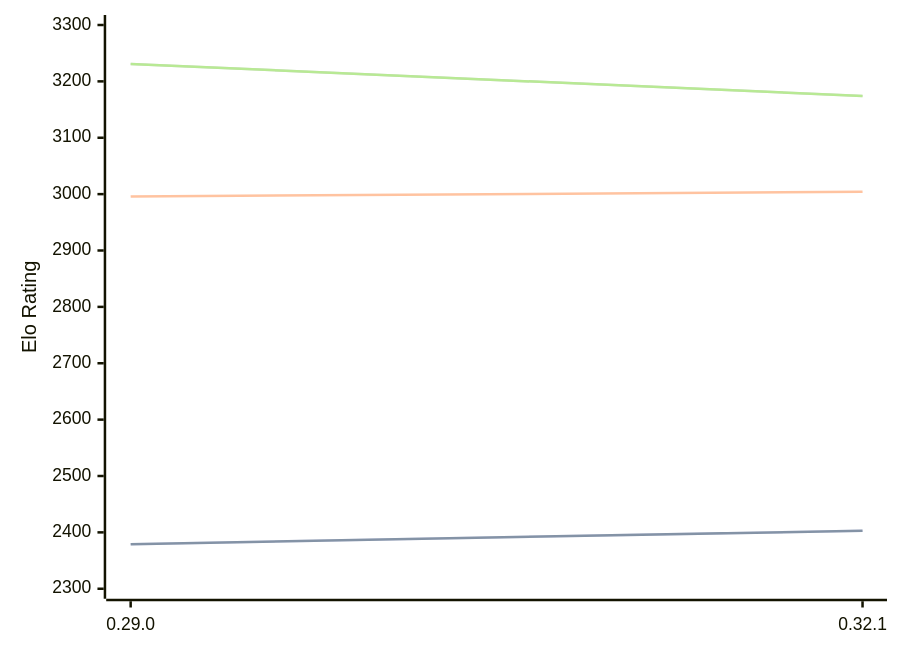
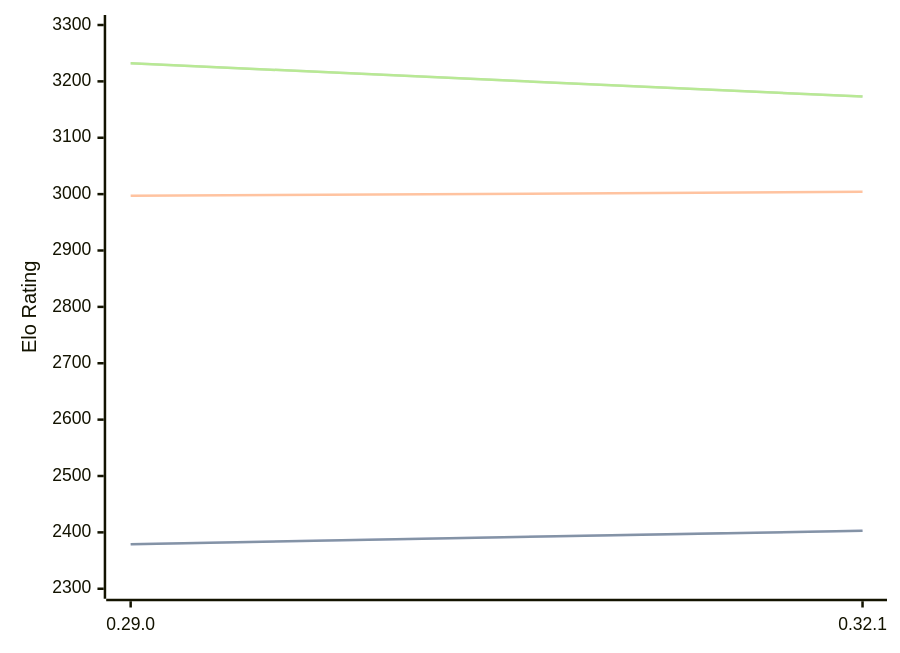
The diagram in engines/Lc0.md (computer-chess-index/cci), drawn with Mermaid before and after one commit. The commit also changed other lines of this file, not shown here.

Commit message:
Update CCI Ratings (ELO VLTC) - 2026-09-07

````diff
--- a/engines/Lc0.md
+++ b/engines/Lc0.md
@@ -32,11 +32,11 @@
 ```mermaid
 %%{init: {"theme":"base","themeVariables":{"seriesColors:['#a3a3a3','#222221','#faa371']}}}%%
 xychart-beta
   x-axis ["0.29.0", "0.32.1"]
   y-axis "Elo Rating" 2300 --> 3300
   line "" [2379, 2403]
   line "STC (8.0+0.08s)" [2379, 2403]
-  line "LTC (60.0+0.60s)" [2996, 3004]
-  line "" [3231, 3174]
-  line "VLTC (2m24s+1.12s)" [3231, 3174]
+  line "LTC (60.0+0.60s)" [2997, 3004]
+  line "" [3232, 3173]
+  line "VLTC (2m24s+1.12s)" [3232, 3173]
 ```
````
